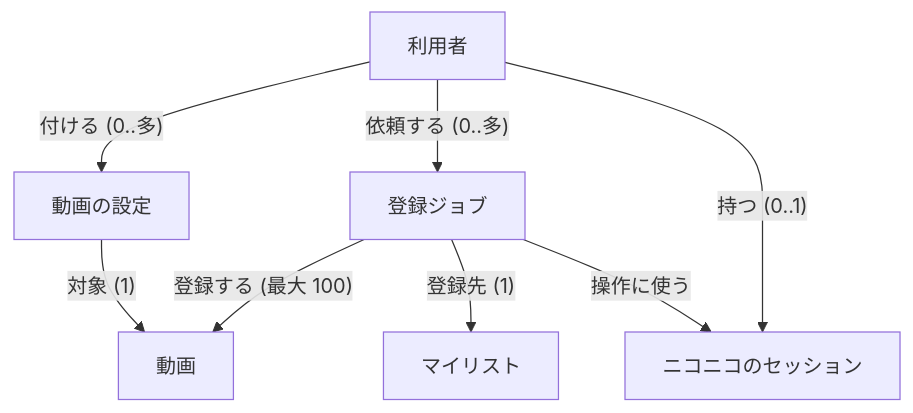
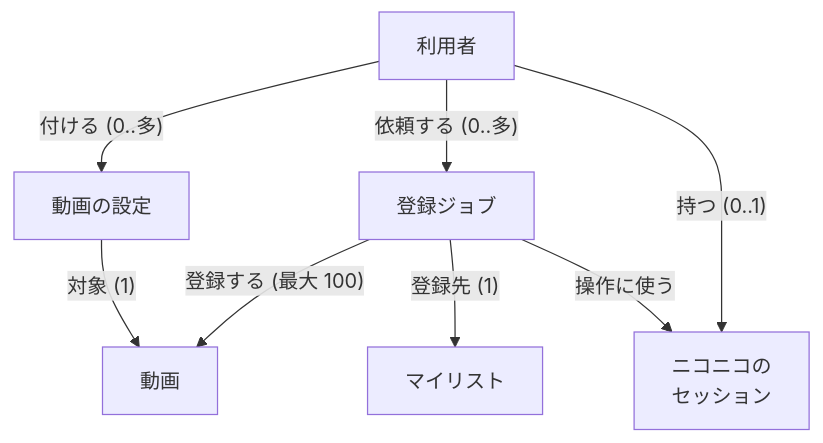
One commit to nagiyu/nagiyu-platform changed the diagram in docs/services/niconico-mylist-assistant/requirements/domain-model.md. Above: the diagram before and after it, drawn with Mermaid.

Commit message:
ドメインモデルの図の箱の文字が欠けないよう改行する
Claude-Session: https://claude.ai/code/session_01JpLAo5hUQx9gDDrTiUAFwn

````diff
--- a/docs/services/niconico-mylist-assistant/requirements/domain-model.md
+++ b/docs/services/niconico-mylist-assistant/requirements/domain-model.md
@@ -22,16 +22,16 @@
 ```mermaid
 flowchart TD
     user[利用者]
     video[動画]
     setting[動画の設定]
     job[登録ジョブ]
-    session[ニコニコのセッション]
+    session["ニコニコの<br/>セッション"]
     mylist[マイリスト]
     user -- "付ける (0..多)" --> setting
     setting -- "対象 (1)" --> video
     user -- "依頼する (0..多)" --> job
     user -- "持つ (0..1)" --> session
     job -- "登録する (最大 100)" --> video
     job -- "登録先 (1)" --> mylist
     job -- "操作に使う" --> session
 ```
````
